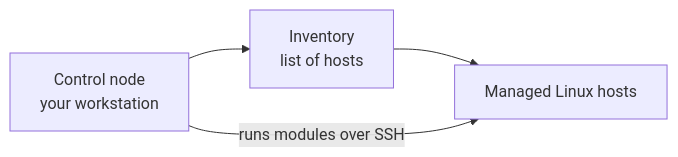
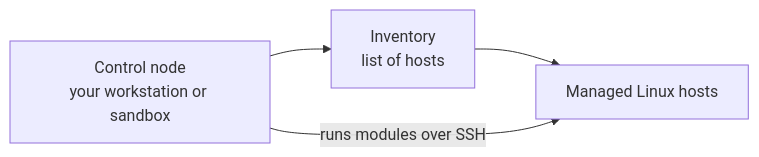
Before and after one commit to Ansible-workshop-ch/bootcamp: the first of 2 diagrams in module01/introduction.md, drawn with Mermaid. The commit also changed other lines of this file, not shown here.

````diff
--- a/module01/introduction.md
+++ b/module01/introduction.md
@@ -43,6 +74,6 @@
 ```mermaid
 flowchart LR
-    A[Control node<br/>your workstation] --> B[Inventory<br/>list of hosts]
+    A[Control node<br/>your workstation or sandbox] --> B[Inventory<br/>list of hosts]
     B --> C[Managed Linux hosts]
     A -- runs modules over SSH --> C
 ```
````
